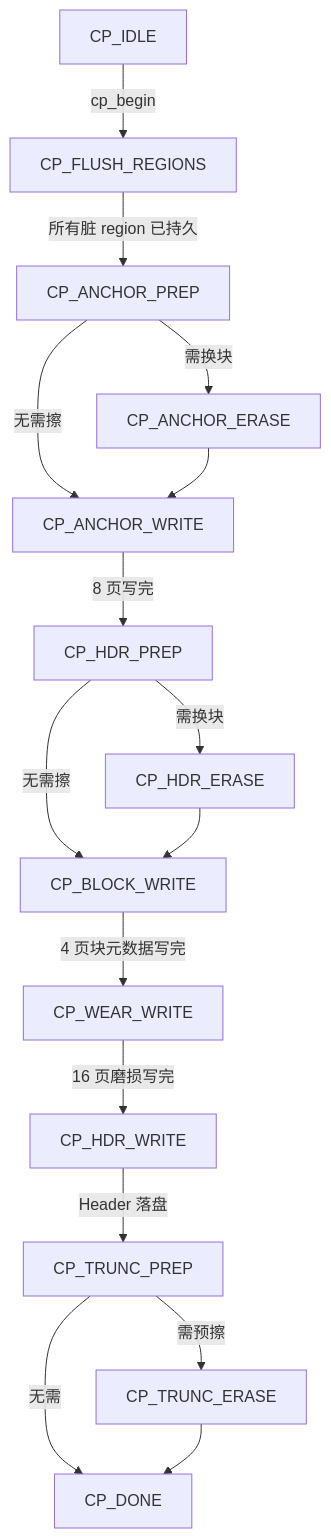
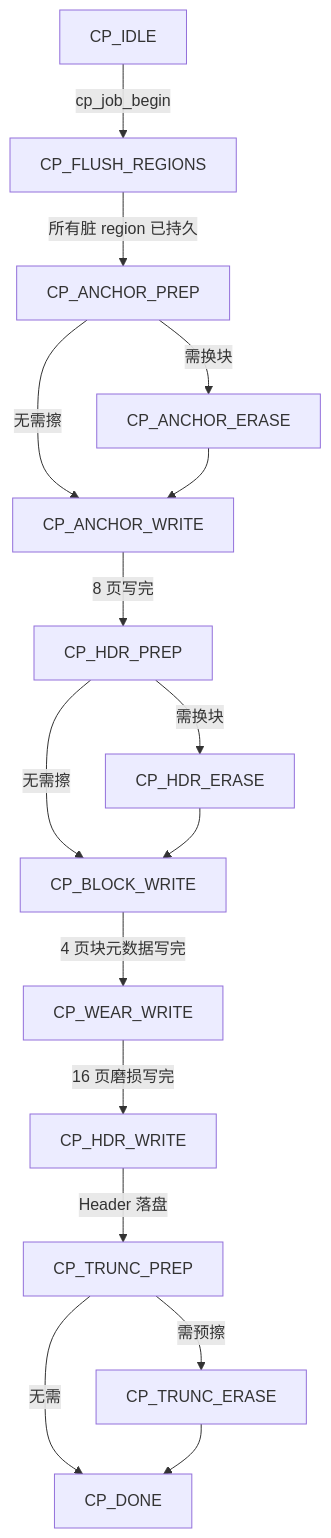
Diagram 16 of 32 in docs/design/ftl_design.md (YzYMIAO/BASESSD), drawn with Mermaid before and after one commit. The commit also changed other lines of this file and 14 other files, not shown here.

````diff
--- a/docs/design/ftl_design.md
+++ b/docs/design/ftl_design.md
@@ -2617,31 +2617,31 @@
 ```mermaid
 flowchart TD
     IDLE["CP_IDLE"]
     FLUSH["CP_FLUSH_REGIONS"]
     APREP["CP_ANCHOR_PREP"]
     AERASE["CP_ANCHOR_ERASE"]
     AWRITE["CP_ANCHOR_WRITE"]
     HPREP["CP_HDR_PREP"]
     HERASE["CP_HDR_ERASE"]
     BWRITE["CP_BLOCK_WRITE"]
     WWRITE["CP_WEAR_WRITE"]
     HWRITE["CP_HDR_WRITE"]
     TPREP["CP_TRUNC_PREP"]
     TERASE["CP_TRUNC_ERASE"]
     DONE["CP_DONE"]
-    IDLE -- "cp_begin" --> FLUSH
+    IDLE -- "cp_job_begin" --> FLUSH
     FLUSH -- "所有脏 region 已持久" --> APREP
     APREP -- "需换块" --> AERASE
     APREP -- "无需擦" --> AWRITE
     AERASE --> AWRITE
     AWRITE -- "8 页写完" --> HPREP
     HPREP -- "需换块" --> HERASE
     HPREP -- "无需擦" --> BWRITE
     HERASE --> BWRITE
     BWRITE -- "4 页块元数据写完" --> WWRITE
     WWRITE -- "16 页磨损写完" --> HWRITE
     HWRITE -- "Header 落盘" --> TPREP
     TPREP -- "需预擦" --> TERASE
     TPREP -- "无需" --> DONE
     TERASE --> DONE
 ```
````
